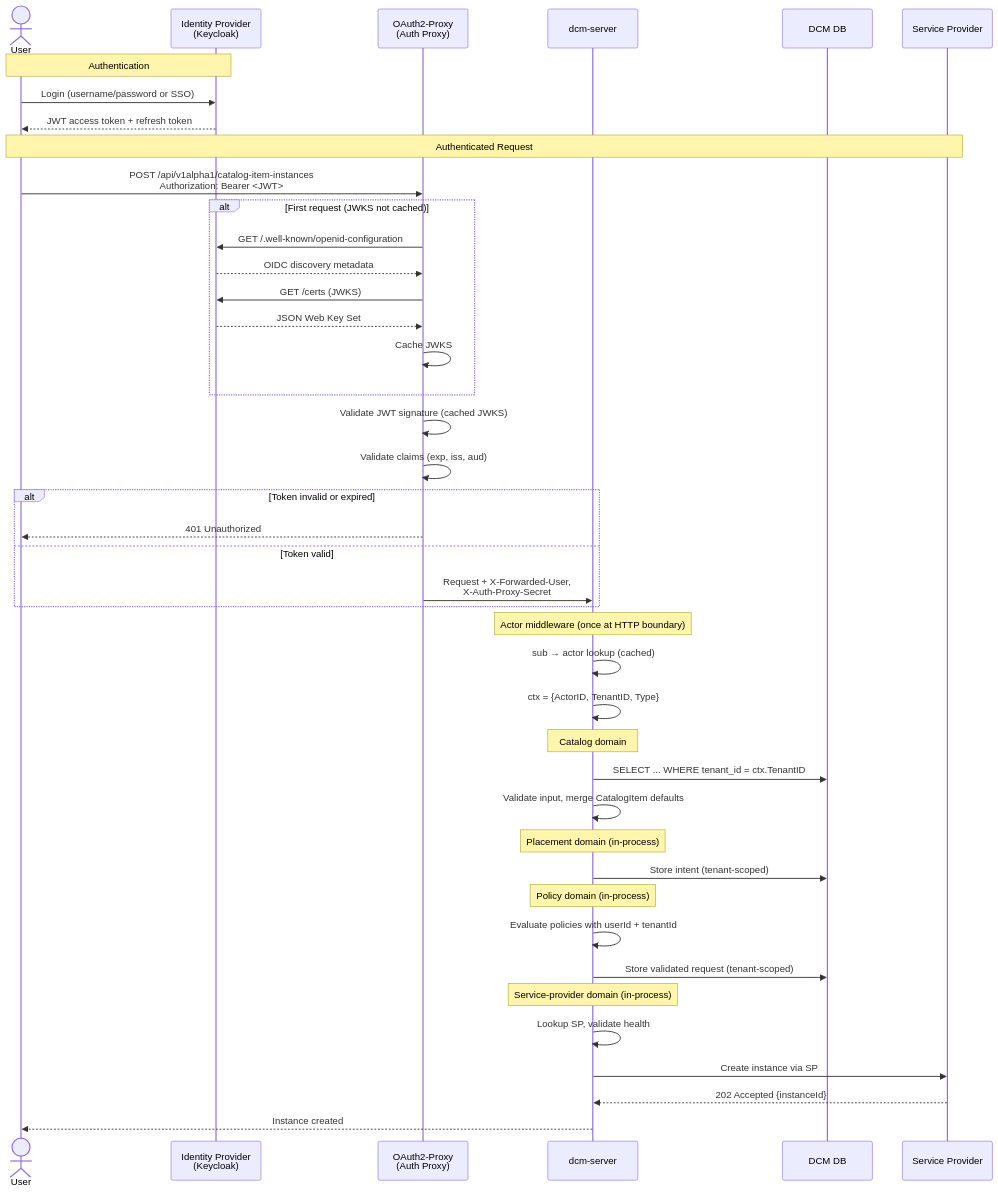
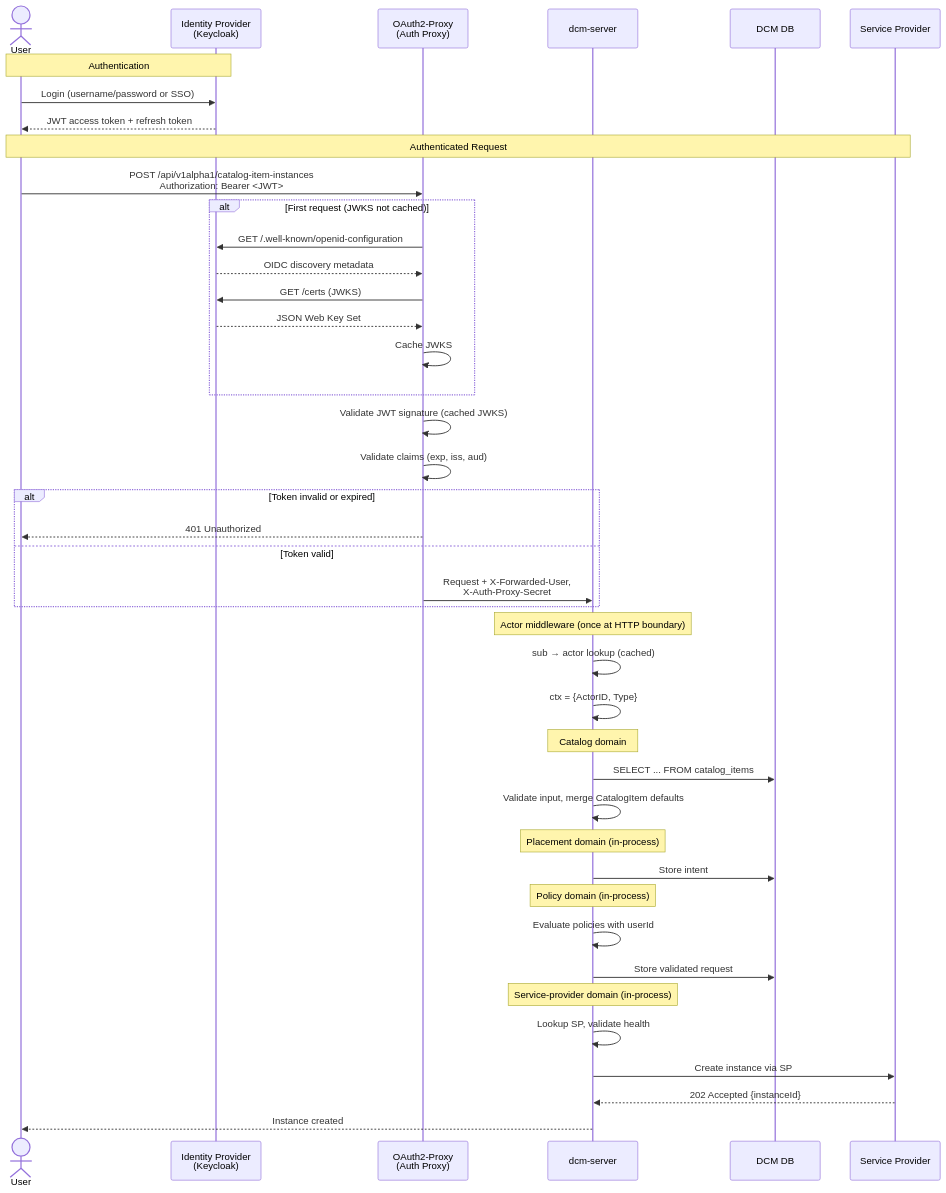
One commit to dcm-project/enhancements changed the second of 2 diagrams in enhancements/authentication/authentication.md. Above: the diagram before and after it, drawn with Mermaid. The commit also changed other lines of this file, not shown here.

````diff
--- a/enhancements/authentication/authentication.md
+++ b/enhancements/authentication/authentication.md
@@ -424,53 +343,53 @@
 ```mermaid
 sequenceDiagram
     actor User
     participant IdP as Identity Provider<br/>(Keycloak)
     participant OP as OAuth2-Proxy<br/>(Auth Proxy)
     participant DCM as dcm-server
     participant DB as DCM DB
     participant SP as Service Provider
 
     Note over User,IdP: Authentication
     User->>IdP: Login (username/password or SSO)
     IdP-->>User: JWT access token + refresh token
 
     Note over User,SP: Authenticated Request
     User->>OP: POST /api/v1alpha1/catalog-item-instances<br/>Authorization: Bearer <JWT>
 
     alt First request (JWKS not cached)
         OP->>IdP: GET /.well-known/openid-configuration
         IdP-->>OP: OIDC discovery metadata
         OP->>IdP: GET /certs (JWKS)
         IdP-->>OP: JSON Web Key Set
         OP->>OP: Cache JWKS
     end
 
     OP->>OP: Validate JWT signature (cached JWKS)
     OP->>OP: Validate claims (exp, iss, aud)
 
     alt Token invalid or expired
         OP-->>User: 401 Unauthorized
     else Token valid
         OP->>DCM: Request + X-Forwarded-User,<br/>X-Auth-Proxy-Secret
     end
 
     Note over DCM: Actor middleware (once at HTTP boundary)
     DCM->>DCM: sub → actor lookup (cached)
-    DCM->>DCM: ctx = {ActorID, TenantID, Type}
+    DCM->>DCM: ctx = {ActorID, Type}
 
     Note over DCM: Catalog domain
-    DCM->>DB: SELECT ... WHERE tenant_id = ctx.TenantID
+    DCM->>DB: SELECT ... FROM catalog_items
     DCM->>DCM: Validate input, merge CatalogItem defaults
 
     Note over DCM: Placement domain (in-process)
-    DCM->>DB: Store intent (tenant-scoped)
+    DCM->>DB: Store intent
     Note over DCM: Policy domain (in-process)
-    DCM->>DCM: Evaluate policies with userId + tenantId
-    DCM->>DB: Store validated request (tenant-scoped)
+    DCM->>DCM: Evaluate policies with userId
+    DCM->>DB: Store validated request
 
     Note over DCM: Service-provider domain (in-process)
     DCM->>DCM: Lookup SP, validate health
     DCM->>SP: Create instance via SP
     SP-->>DCM: 202 Accepted {instanceId}
     DCM-->>User: Instance created
 ```
````
